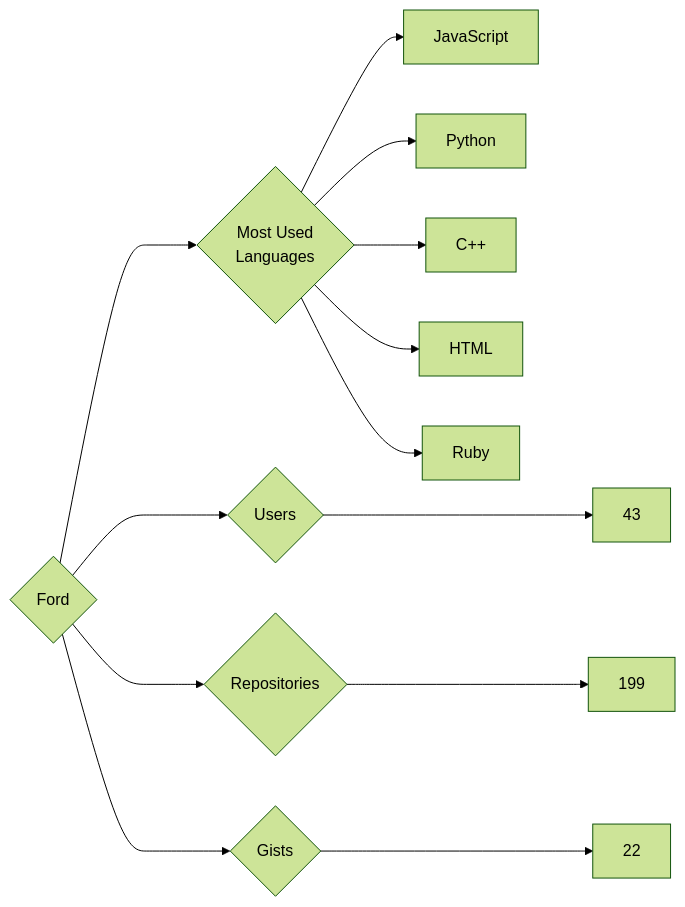
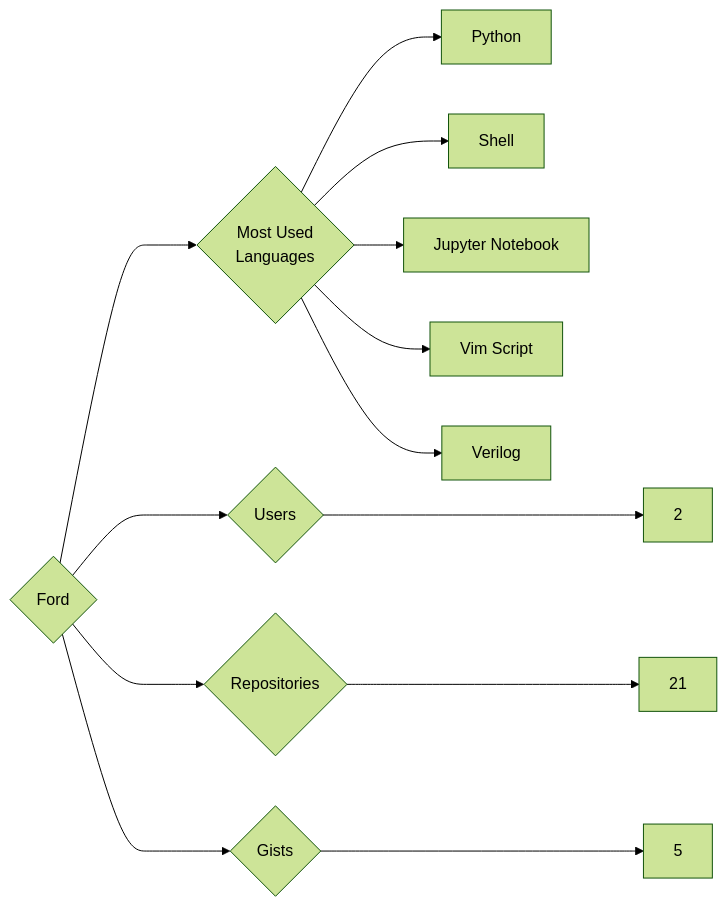
Before and after one commit to trickest/insiders: the diagram in targets/Ford/README.md, drawn with Mermaid (forest theme). The commit also changed 714 other files, not shown here.

````diff
--- a/targets/Ford/README.md
+++ b/targets/Ford/README.md
@@ -3,13 +3,13 @@
 ```mermaid
 graph LR
 COMPANY_NAME{Ford}
-COMPANY_NAME ---> U{Users} ---> UN[43]
-COMPANY_NAME ---> R{Repositories} ---> RN[199]
-COMPANY_NAME ---> G{Gists} ---> GN[22]
+COMPANY_NAME ---> U{Users} ---> UN[2]
+COMPANY_NAME ---> R{Repositories} ---> RN[21]
+COMPANY_NAME ---> G{Gists} ---> GN[5]
 COMPANY_NAME ---> ML{Most Used<br>Languages}
-ML --> JavaScript[JavaScript]
 ML --> Python[Python]
-ML --> C++[C++]
-ML --> HTML[HTML]
-ML --> Ruby[Ruby]
+ML --> Shell[Shell]
+ML --> Jupyter_Notebook[Jupyter Notebook]
+ML --> Vim_Script[Vim Script]
+ML --> Verilog[Verilog]
 ```
````
